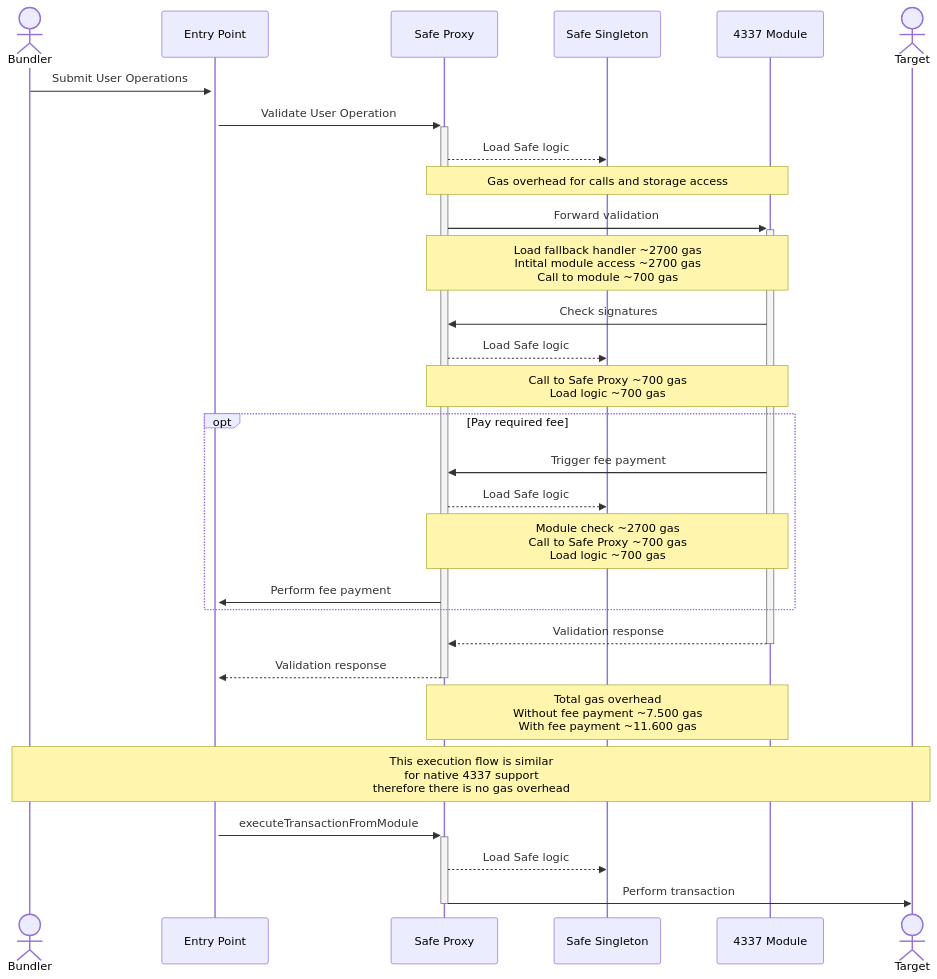
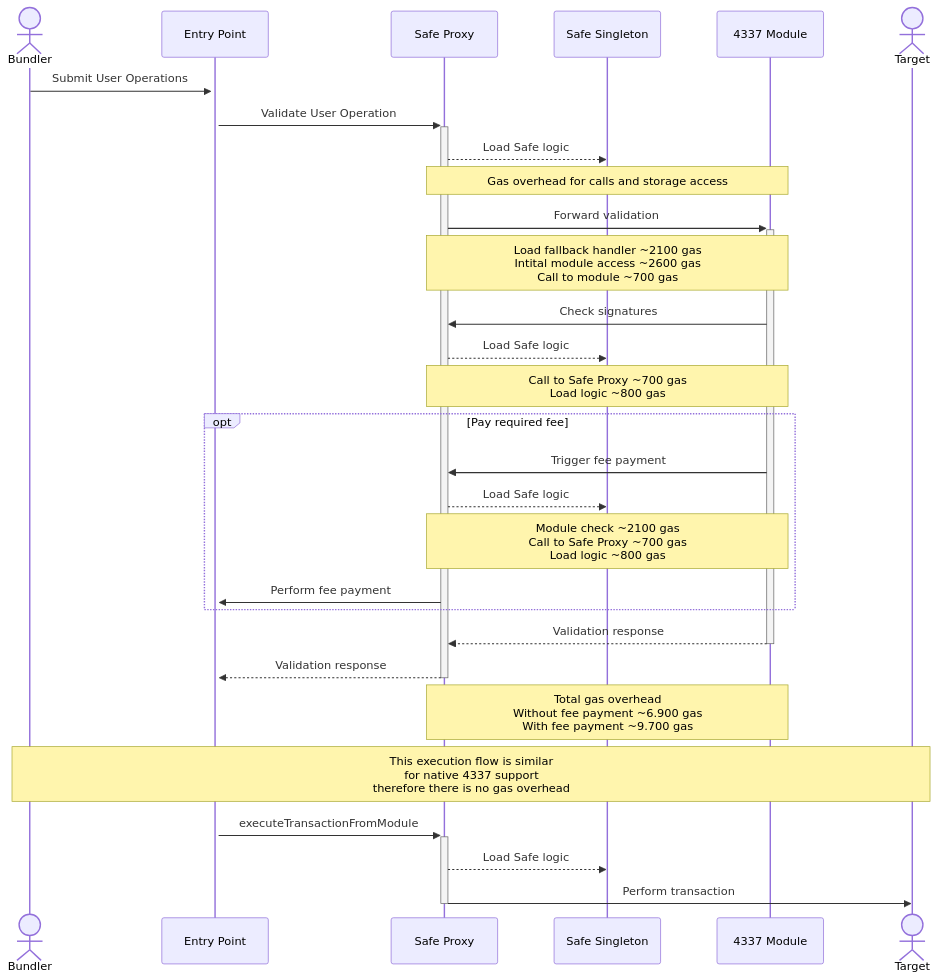
The diagram in README.md (5afe/eip4337-diatomic), drawn with Mermaid before and after one commit. The commit also changed other lines of this file, not shown here.

Commit message:
Correct gas overhead

````diff
--- a/README.md
+++ b/README.md
@@ -5,31 +5,31 @@
 ```mermaid
 sequenceDiagram
     actor B as Bundler
     participant E as Entry Point
     participant P as Safe Proxy
     participant S as Safe Singleton
     participant M as 4337 Module
     actor T as Target
     B->>+E: Submit User Operations
     E->>+P: Validate User Operation
     P-->>S: Load Safe logic
         Note over P, M: Gas overhead for calls and storage access
     P->>+M: Forward validation
-    Note over P, M: Load fallback handler ~2700 gas<br>Intital module access ~2700 gas<br>Call to module ~700 gas
+    Note over P, M: Load fallback handler ~2100 gas<br>Intital module access ~2600 gas<br>Call to module ~700 gas
     M->>P: Check signatures
     P-->>S: Load Safe logic
-    Note over P, M: Call to Safe Proxy ~700 gas<br>Load logic ~700 gas
+    Note over P, M: Call to Safe Proxy ~700 gas<br>Load logic ~800 gas
     opt Pay required fee
         M->>P: Trigger fee payment
         P-->>S: Load Safe logic
-        Note over P, M: Module check ~2700 gas<br>Call to Safe Proxy ~700 gas<br>Load logic ~700 gas
+        Note over P, M: Module check ~2100 gas<br>Call to Safe Proxy ~700 gas<br>Load logic ~800 gas
         P->>E: Perform fee payment
     end
     M-->>-P: Validation response
     P-->>-E: Validation response
-        Note over P, M: Total gas overhead<br>Without fee payment ~7.500 gas<br>With fee payment ~11.600 gas
+        Note over P, M: Total gas overhead<br>Without fee payment ~6.900 gas<br>With fee payment ~9.700 gas
     Note over B, T: This execution flow is similar<br>for native 4337 support<br>therefore there is no gas overhead
     E->>+P: executeTransactionFromModule
     P-->>S: Load Safe logic
     P->>-T: Perform transaction
 ```
````
